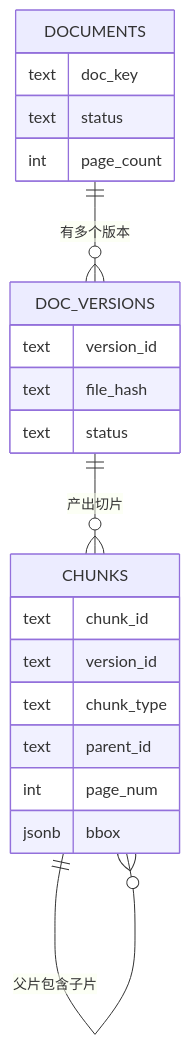
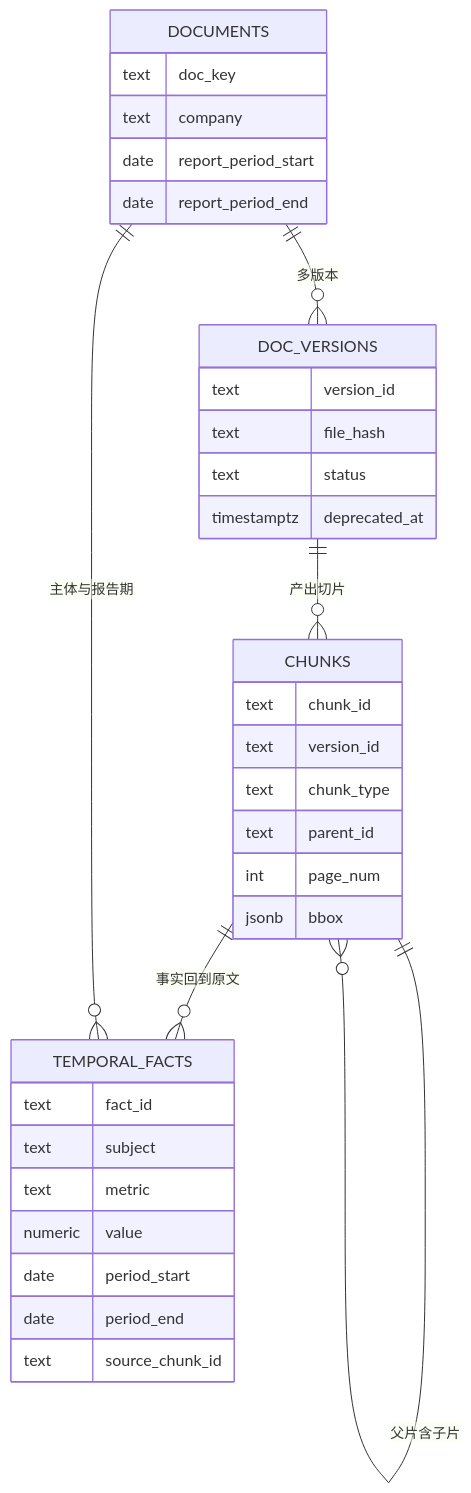
Before and after one commit to kvchen95/ai-rag: the fourth of 16 diagrams in 详细设计.md, drawn with Mermaid. The commit also changed other lines of this file and 4 other files, not shown here.

First line of the commit message:
docs: 按当前实现重写架构图集、概要设计与详细设计

````diff
--- a/详细设计.md
+++ b/详细设计.md
@@ -106,24 +112,37 @@
 ```mermaid
 erDiagram
-    DOCUMENTS ||--o{ DOC_VERSIONS : "有多个版本"
+    DOCUMENTS ||--o{ DOC_VERSIONS : "多版本"
     DOC_VERSIONS ||--o{ CHUNKS : "产出切片"
-    CHUNKS ||--o{ CHUNKS : "父片包含子片"
+    CHUNKS ||--o{ CHUNKS : "父片含子片"
+    CHUNKS ||--o{ TEMPORAL_FACTS : "事实回到原文"
+    DOCUMENTS ||--o{ TEMPORAL_FACTS : "主体与报告期"
     DOCUMENTS {
         text doc_key
-        text status
-        int page_count
+        text company
+        date report_period_start
+        date report_period_end
     }
     DOC_VERSIONS {
         text version_id
         text file_hash
         text status
+        timestamptz deprecated_at
     }
     CHUNKS {
         text chunk_id
         text version_id
         text chunk_type
         text parent_id
         int page_num
         jsonb bbox
     }
+    TEMPORAL_FACTS {
+        text fact_id
+        text subject
+        text metric
+        numeric value
+        date period_start
+        date period_end
+        text source_chunk_id
+    }
 ```
````
